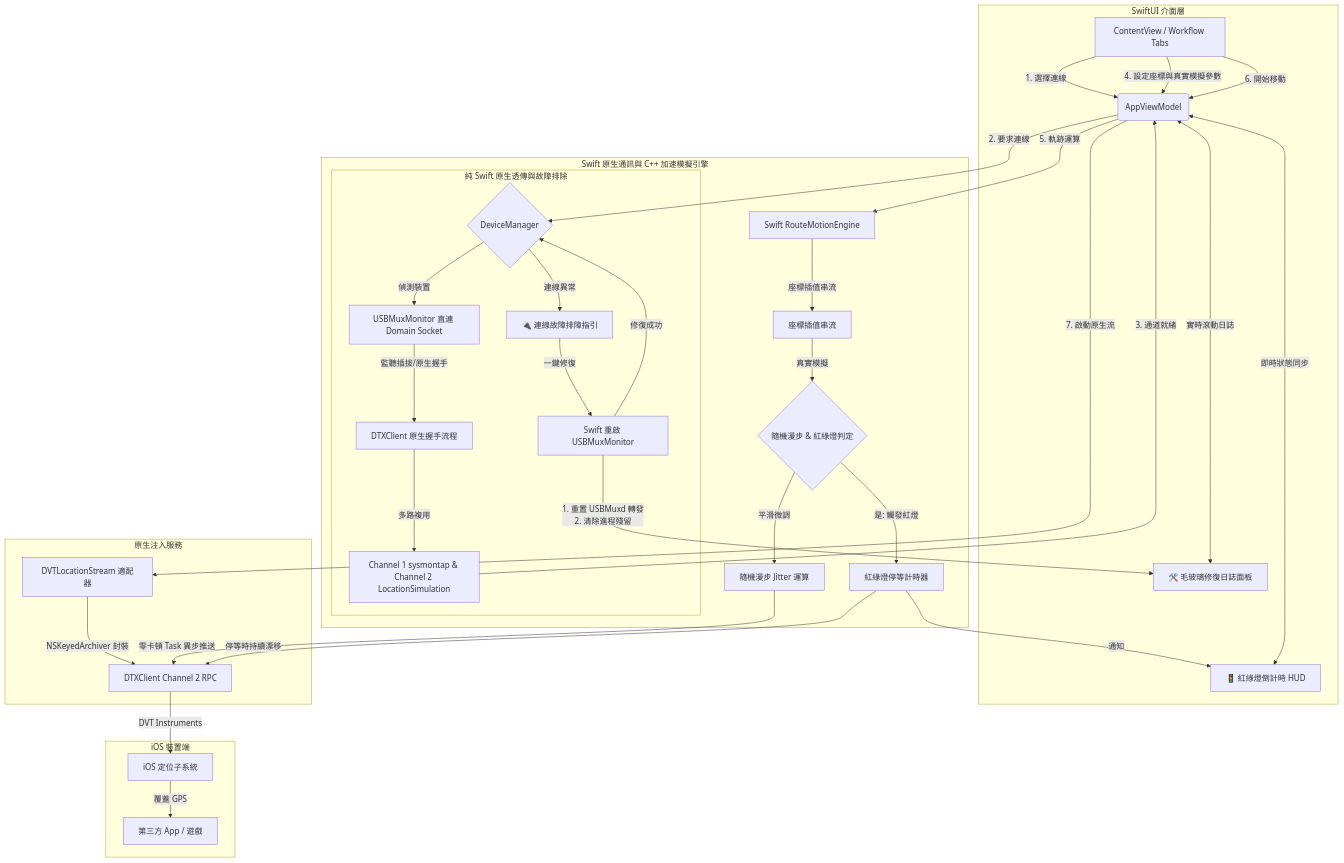
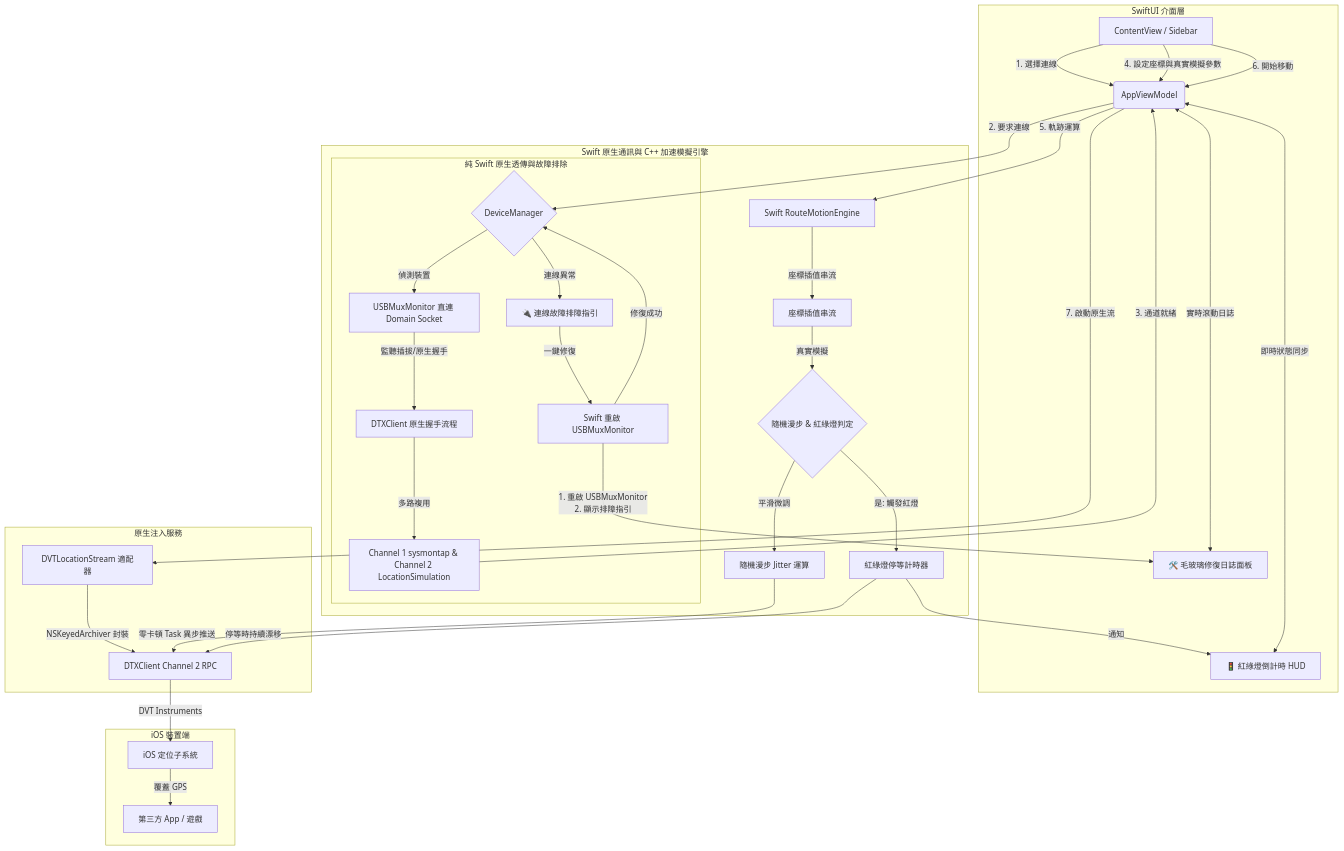
The diagram in README.md (yusenhan/flyflyfly), drawn with Mermaid before and after one commit. The commit also changed 1 other file, not shown here.

Commit message:
Align README diagram terminology

````diff
--- a/README.md
+++ b/README.md
@@ -51,48 +51,48 @@
 ```mermaid
 graph TD
     %% 角色定義
     subgraph UI_Layer [SwiftUI 介面層]
-        A[ContentView / Workflow Tabs] -->|1. 選擇連線| B(AppViewModel)
+        A[ContentView / Sidebar] -->|1. 選擇連線| B(AppViewModel)
         A -->|4. 設定座標與真實模擬參數| B
         A -->|6. 開始移動| B
         Z[🚦 紅綠燈倒計時 HUD] <-->|即時狀態同步| B
         Y[🛠️ 毛玻璃修復日誌面板] <-->|實時滾動日誌| B
     end
 
     subgraph Logic_Layer [Swift 原生通訊與 C++ 加速模擬引擎]
         B -->|2. 要求連線| C{DeviceManager}
         B -->|5. 軌跡運算| J[Swift RouteMotionEngine]
         J -->|座標插值串流| K[座標插值串流]
         
         %% 防作弊模擬
         K -->|真實模擬| P{隨機漫步 & 紅綠燈判定}
         P -->|是: 觸發紅燈| PA[紅綠燈停等計時器]
         PA -->|通知| Z
         P -->|平滑微調| PB[隨機漫步 Jitter 運算]
         
         subgraph Connection_Process [純 Swift 原生透傳與故障排除]
             C -->|偵測裝置| D[USBMuxMonitor 直連 Domain Socket]
             D -->|監聽插拔/原生握手| G[DTXClient 原生握手流程]
             G -->|多路複用| I[Channel 1 sysmontap & Channel 2 LocationSimulation]
             
             %% 一鍵自癒
             C -->|連線異常| Q[🔌 連線故障排障指引]
             Q -->|一鍵修復| R[Swift 重啟 USBMuxMonitor]
-            R -->|1. 重置 USBMuxd 轉發<br>2. 清除進程殘留| Y
+            R -->|1. 重啟 USBMuxMonitor<br>2. 顯示排障指引| Y
             R -->|修復成功| C
         end
     end
 
     subgraph Native_Service [原生注入服務]
         I -->|3. 通道就緒| B
         B -->|7. 啟動原生流| L[DVTLocationStream 適配器]
         L -->|NSKeyedArchiver 封裝| M[DTXClient Channel 2 RPC]
         PB -->|零卡頓 Task 異步推送| M
         PA -->|停等時持續漂移| M
     end
 
     subgraph iOS_Device [iOS 裝置端]
         M -->|DVT Instruments| N[iOS 定位子系統]
         N -->|覆蓋 GPS| O[第三方 App / 遊戲]
     end
 ```
````
